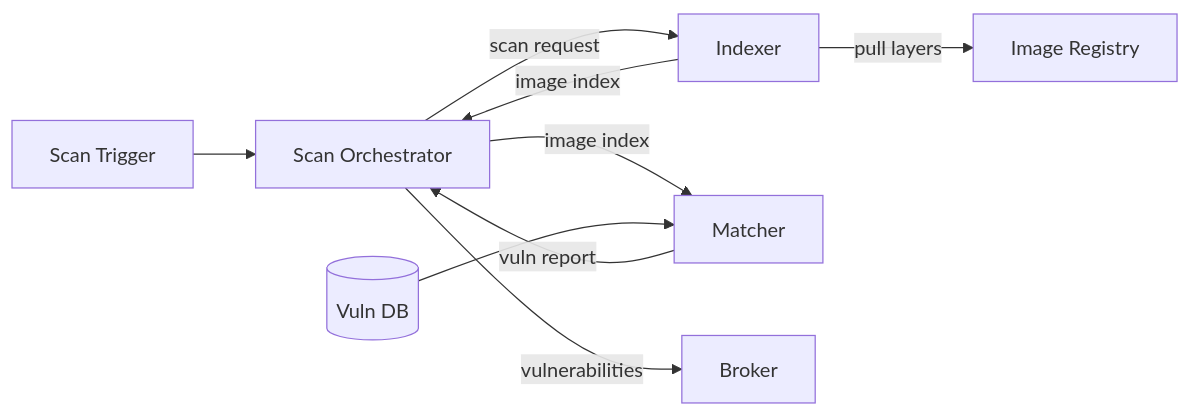
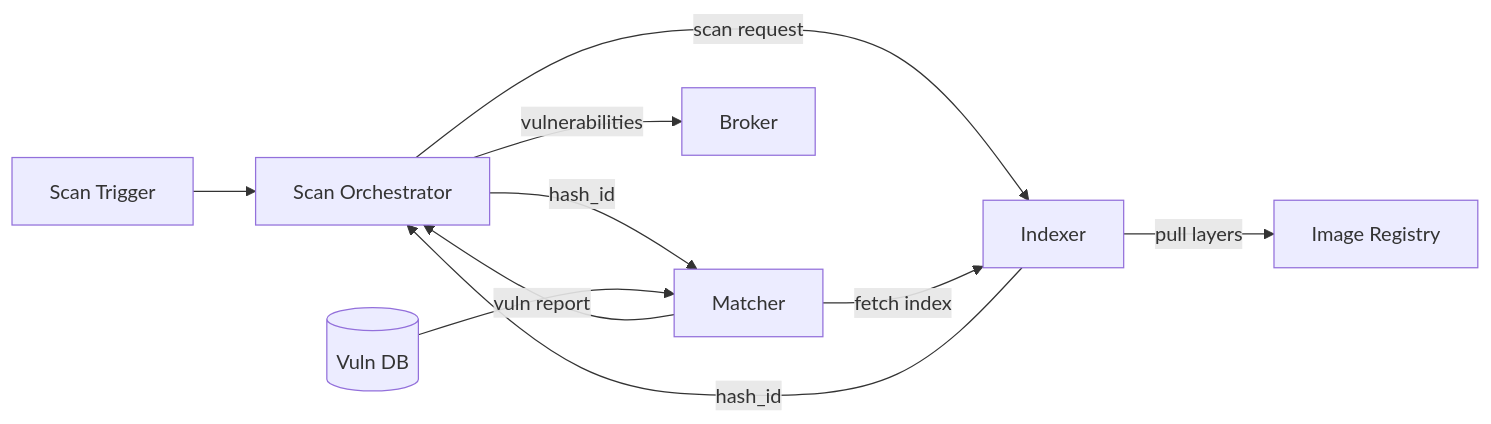
Before and after one commit to kylape/acs-next: the first of 4 diagrams in docs/architecture/components/scanner.md, drawn with Mermaid. The commit also changed other lines of this file, not shown here.

First line of the commit message:
Fix Matcher data flow: fetches index from Indexer, not from Orchestrator

````diff
--- a/docs/architecture/components/scanner.md
+++ b/docs/architecture/components/scanner.md
@@ -31,11 +32,12 @@
 ```mermaid
 graph LR
     Trigger[Scan Trigger] --> Orch[Scan Orchestrator]
     Orch -->|scan request| Indexer
     Indexer -->|pull layers| Registry[Image Registry]
-    Indexer -->|image index| Orch
-    Orch -->|image index| Matcher
+    Indexer -->|hash_id| Orch
+    Orch -->|hash_id| Matcher
+    Matcher -->|fetch index| Indexer
     Matcher -->|vuln report| Orch
     VulnDB[(Vuln DB)] --> Matcher
     Orch -->|vulnerabilities| Broker
 ```
````
